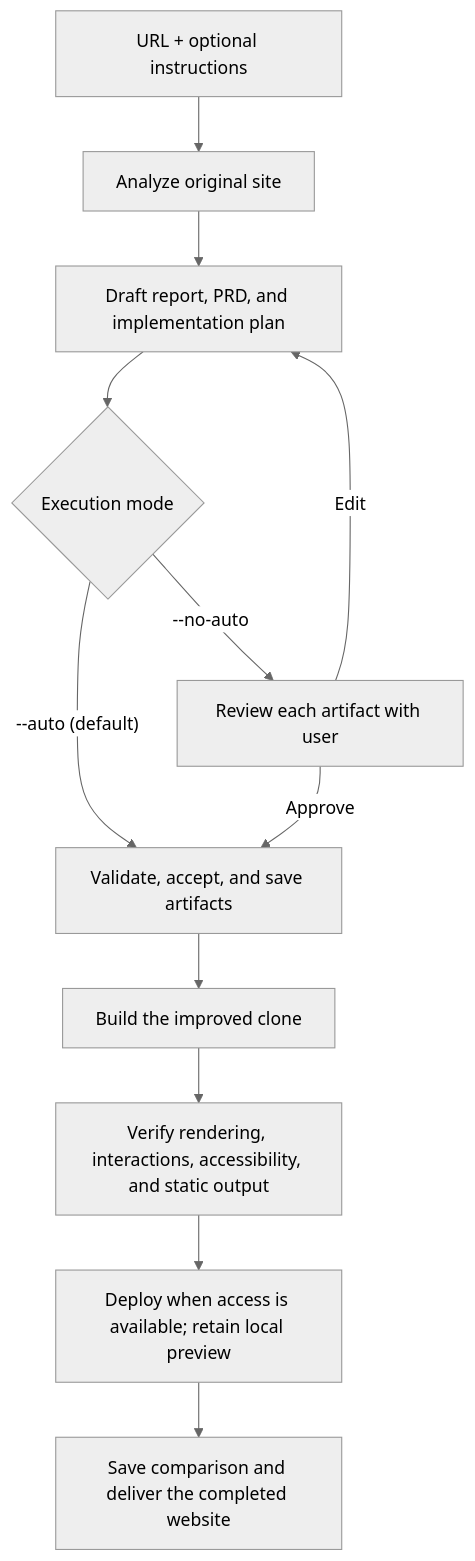
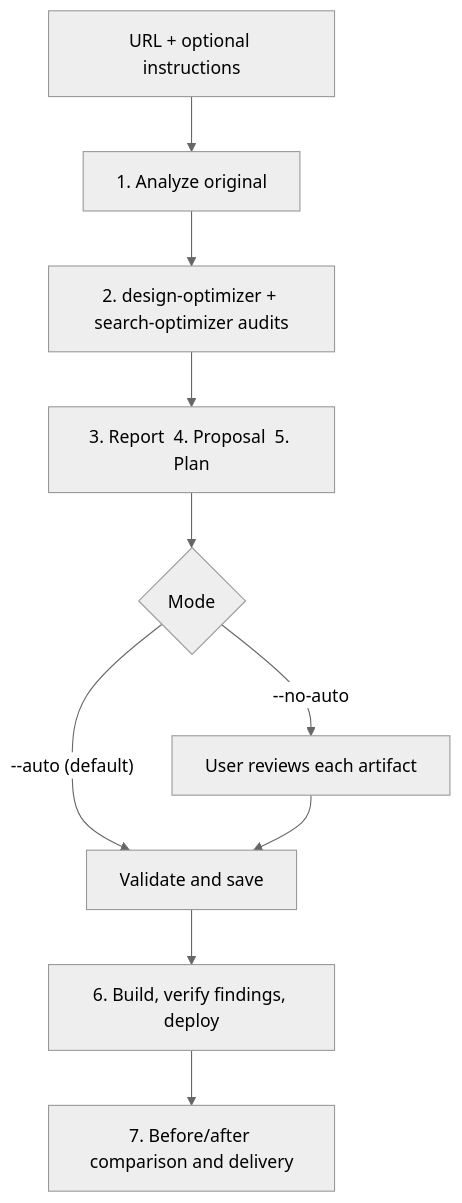
One commit to luongnv89/bettersite changed the diagram in .agents/skills/website-cloner/docs/README.md. Above: the diagram before and after it, drawn with Mermaid (neutral theme). The commit also changed other lines of this file and 54 other files, not shown here.

First line of the commit message:
feat(skills): merge website-cloner into one skill with design and search audits (#5)

````diff
--- a/.agents/skills/website-cloner/docs/README.md
+++ b/.agents/skills/website-cloner/docs/README.md
@@ -31,14 +34,12 @@
 ```mermaid
 graph TD
-    A["URL + optional instructions"] --> B["Analyze original site"]
-    B --> C["Draft report, PRD, and implementation plan"]
-    C --> D{"Execution mode"}
-    D -->|"--auto (default)"| E["Validate, accept, and save artifacts"]
-    D -->|"--no-auto"| F["Review each artifact with user"]
-    F -->|Approve| E
-    F -->|Edit| C
-    E --> G["Build the improved clone"]
-    G --> H["Verify rendering, interactions, accessibility, and static output"]
-    H --> I["Deploy when access is available; retain local preview"]
-    I --> J["Save comparison and deliver the completed website"]
+    A["URL + optional instructions"] --> B["1. Analyze original"]
+    B --> C["2. design-optimizer + search-optimizer audits"]
+    C --> D["3. Report  4. Proposal  5. Plan"]
+    D --> E{"Mode"}
+    E -->|"--auto (default)"| F["Validate and save"]
+    E -->|"--no-auto"| G["User reviews each artifact"]
+    G --> F
+    F --> H["6. Build, verify findings, deploy"]
+    H --> I["7. Before/after comparison and delivery"]
 ```
````
